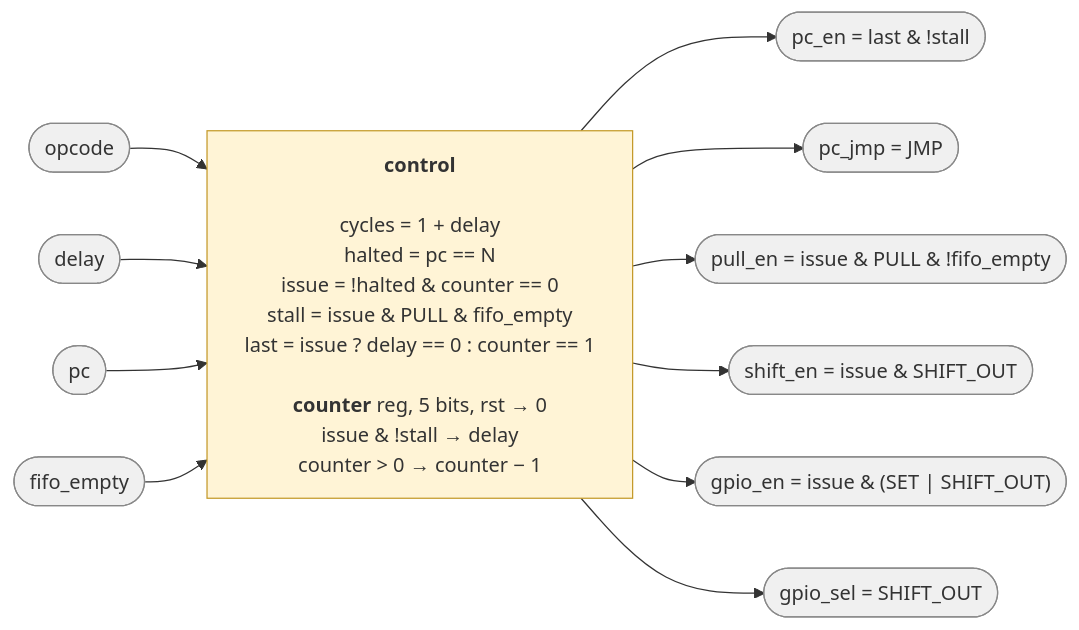
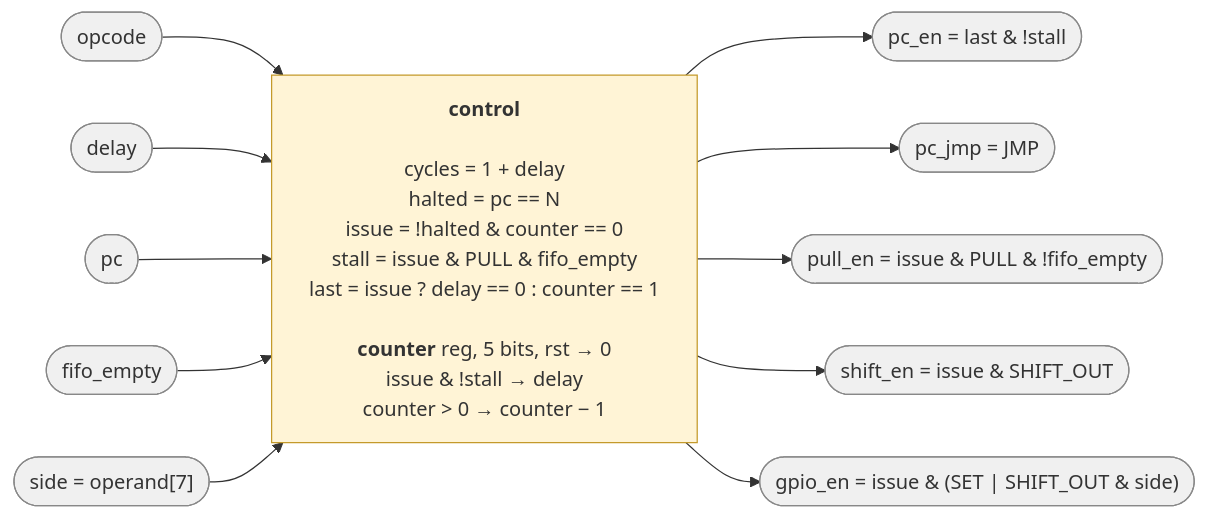
Before and after one commit to cshieldsce/smallcore: the diagram in docs/control.mmd, drawn with Mermaid. The commit also changed 9 other files, not shown here.

Commit message:
update diagrams for the shift_out side effect

```diff
--- a/docs/control.mmd
+++ b/docs/control.mmd
@@ -1,32 +1,32 @@
 %%{init: {"flowchart": {"wrappingWidth": 420}}}%%
 %% The control block: what it reads, what it computes, what it drives. All combinational
 %% except the counter register. Signal names match core.svg.
 flowchart LR
   classDef sig fill:#f0f0f0,stroke:#888
   classDef reg fill:#dbe8ff,stroke:#4a6fa5
   classDef comb fill:#fff4d6,stroke:#c49a2a
 
   OPC(["opcode"]):::sig
   DLY(["delay"]):::sig
   PCV(["pc"]):::sig
   EMP(["fifo_empty"]):::sig
+  SIDE(["side = operand[7]"]):::sig
 
   CU["<b>control</b><br/><br/>cycles = 1 + delay<br/>halted = pc == N<br/>issue = !halted & counter == 0<br/>stall = issue & PULL & fifo_empty<br/>last = issue ? delay == 0 : counter == 1<br/><br/><b>counter</b> reg, 5 bits, rst → 0<br/>issue & !stall → delay<br/>counter > 0 → counter − 1"]:::comb
 
   PCI(["pc_en = last & !stall"]):::sig
   PCJ(["pc_jmp = JMP"]):::sig
   PLE(["pull_en = issue & PULL & !fifo_empty"]):::sig
   SHE(["shift_en = issue & SHIFT_OUT"]):::sig
-  PNE(["gpio_en = issue & (SET | SHIFT_OUT)"]):::sig
-  PNS(["gpio_sel = SHIFT_OUT"]):::sig
+  PNE(["gpio_en = issue & (SET | SHIFT_OUT & side)"]):::sig
 
   OPC --> CU
   DLY --> CU
   PCV --> CU
   EMP --> CU
+  SIDE --> CU
   CU --> PCI
   CU --> PCJ
   CU --> PLE
   CU --> SHE
   CU --> PNE
-  CU --> PNS
```
